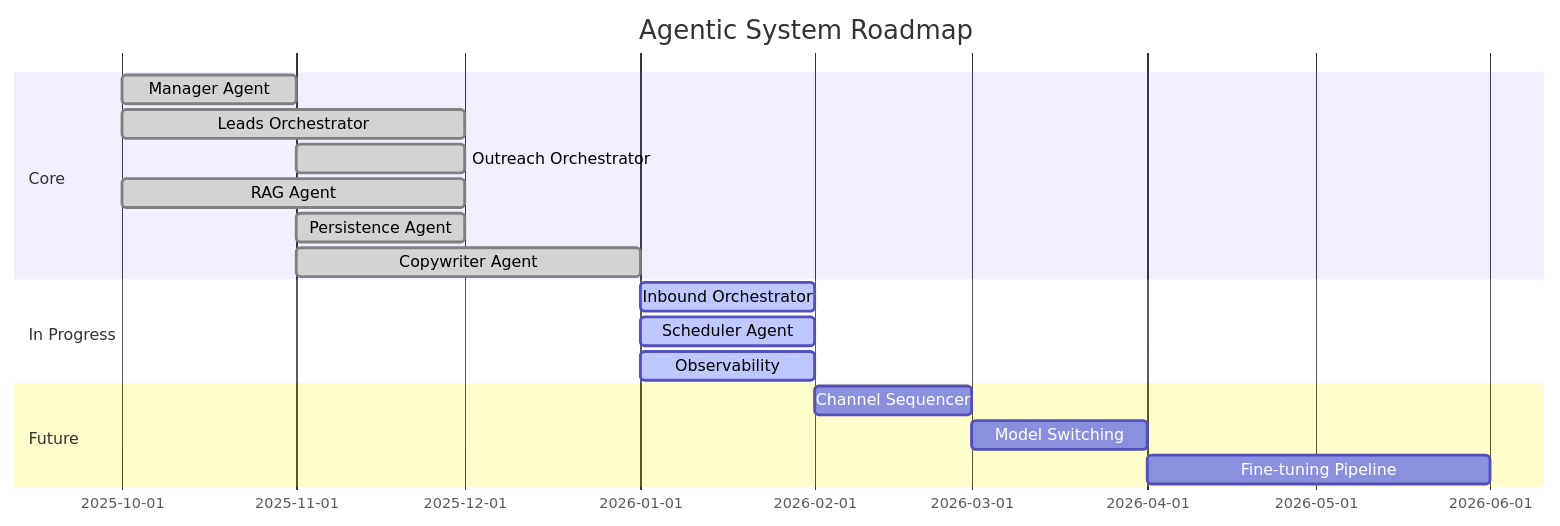
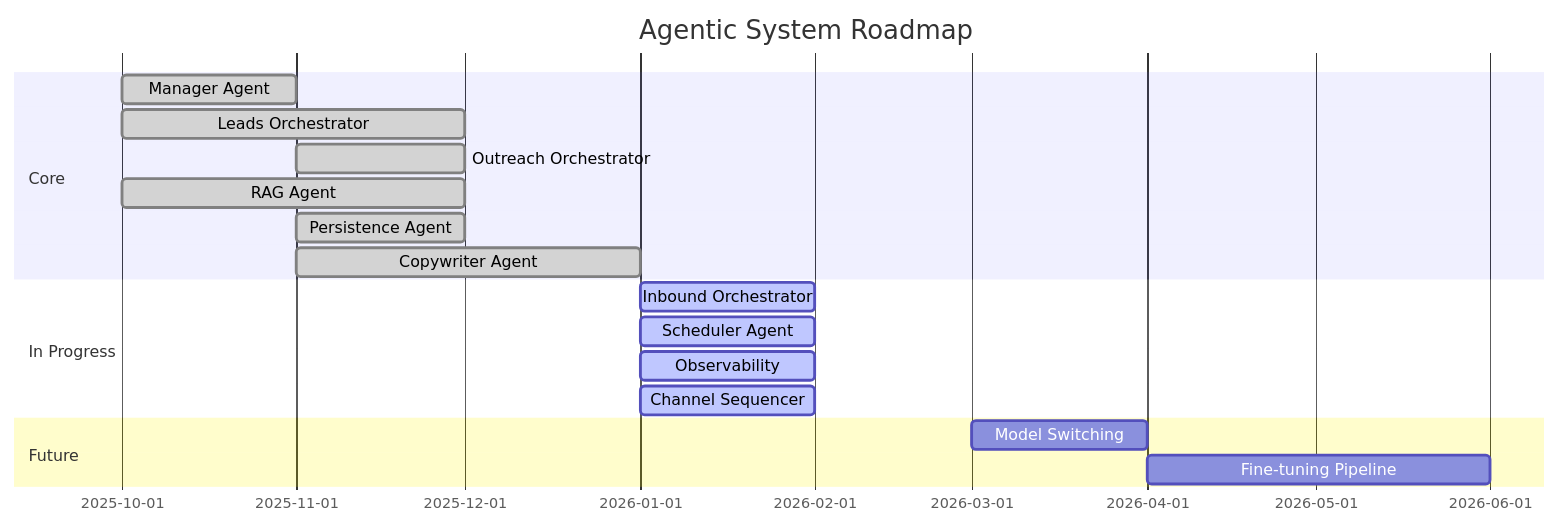
Before and after one commit to BoonBoonBoonBoon/Enterprise-AI-Sales-Orchestrator-Public: the diagram in docs/roadmap/index.md, drawn with Mermaid. The commit also changed other lines of this file and 157 other files, not shown here.

````diff
--- a/docs/roadmap/index.md
+++ b/docs/roadmap/index.md
@@ -44,20 +55,20 @@
 ```mermaid
 gantt
     title Agentic System Roadmap
     dateFormat  YYYY-MM
     section Core
     Manager Agent           :done,    2025-10, 2025-11
     Leads Orchestrator      :done,    2025-10, 2025-12
     Outreach Orchestrator   :done,    2025-11, 2025-12
     RAG Agent               :done,    2025-10, 2025-12
     Persistence Agent       :done,    2025-11, 2025-12
     Copywriter Agent        :done,    2025-11, 2026-01
     section In Progress
     Inbound Orchestrator    :active,  2026-01, 2026-02
     Scheduler Agent         :active,  2026-01, 2026-02
     Observability           :active,  2026-01, 2026-02
+    Channel Sequencer       :active,  2026-01, 2026-02
     section Future
-    Channel Sequencer       :         2026-02, 2026-03
     Model Switching         :         2026-03, 2026-04
     Fine-tuning Pipeline    :         2026-04, 2026-06
 ```
````
